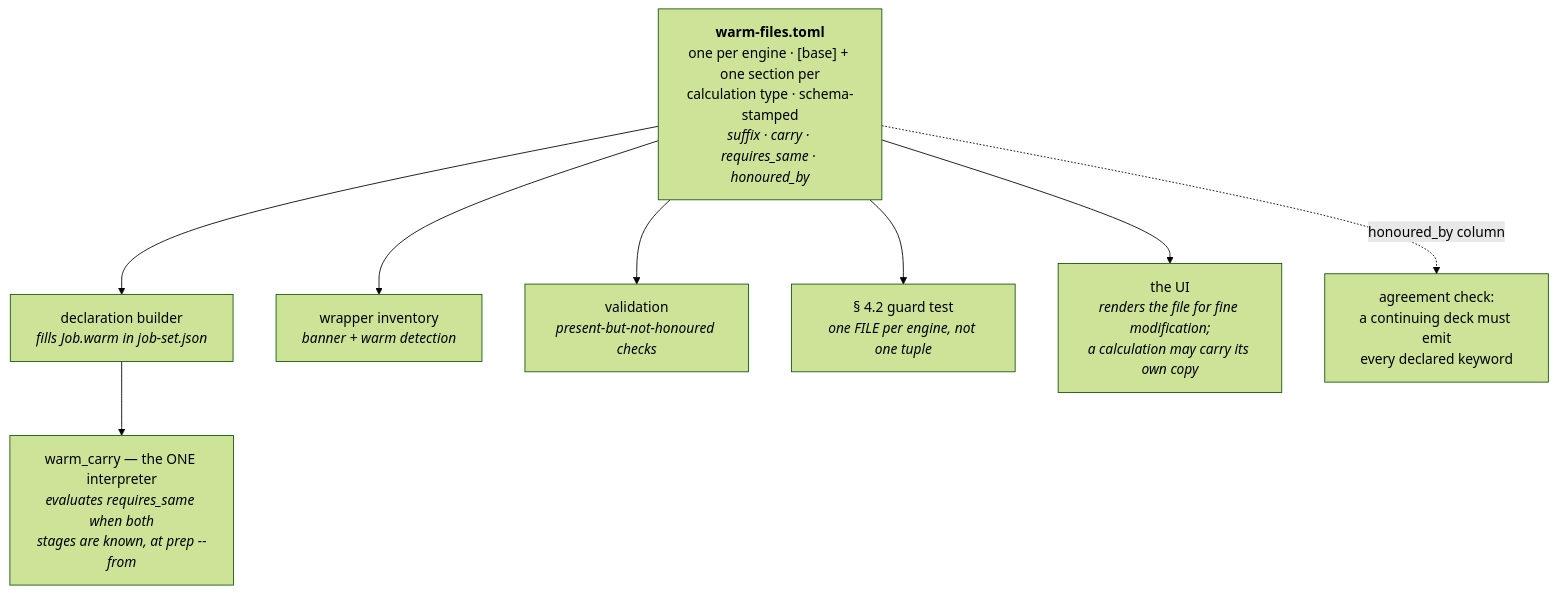
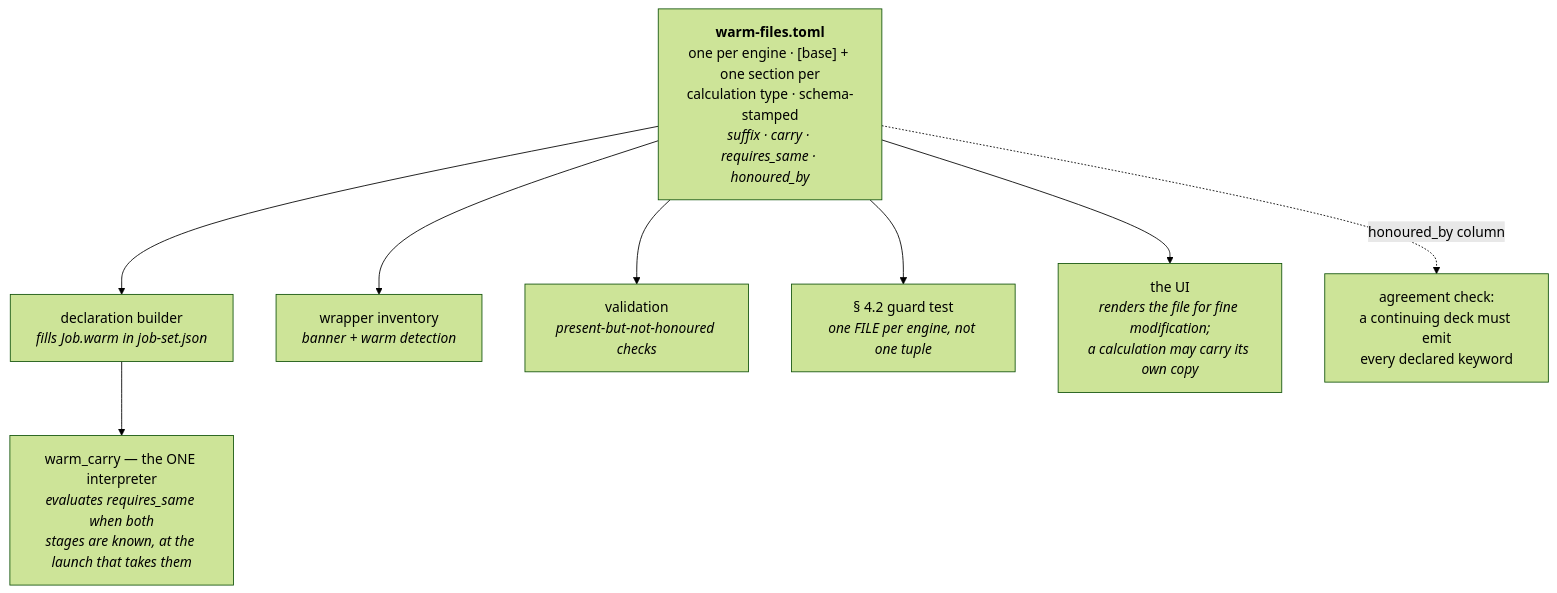
Before and after one commit to Qing-LAB/molbuilder: the third of 3 diagrams in docs/execution/job-contracts.md, drawn with Mermaid (forest theme). The commit also changed other lines of this file and 282 other files, not shown here.

````diff
--- a/docs/execution/job-contracts.md
+++ b/docs/execution/job-contracts.md
@@ -1946,11 +1954,11 @@
 ```mermaid
 flowchart TB
     RF["<b>warm-files.toml</b><br/>one per engine · [base] + one section per<br/>calculation type · schema-stamped<br/><i>suffix · carry · requires_same · honoured_by</i>"]
     RF --> DECL["declaration builder<br/><i>fills Job.warm in job-set.json</i>"]
     RF --> INV["wrapper inventory<br/><i>banner + warm detection</i>"]
     RF --> VAL["validation<br/><i>present-but-not-honoured checks</i>"]
     RF --> GUARD["§ 4.2 guard test<br/><i>one FILE per engine, not one tuple</i>"]
     RF --> UI["the UI<br/><i>renders the file for fine modification;<br/>a calculation may carry its own copy</i>"]
     RF -. "honoured_by column" .-> EMIT["agreement check:<br/>a continuing deck must emit<br/>every declared keyword"]
-    DECL --> WC["warm_carry — the ONE interpreter<br/><i>evaluates requires_same when both<br/>stages are known, at prep --from</i>"]
+    DECL --> WC["warm_carry — the ONE interpreter<br/><i>evaluates requires_same when both<br/>stages are known, at the launch that takes them</i>"]
 ```
````
